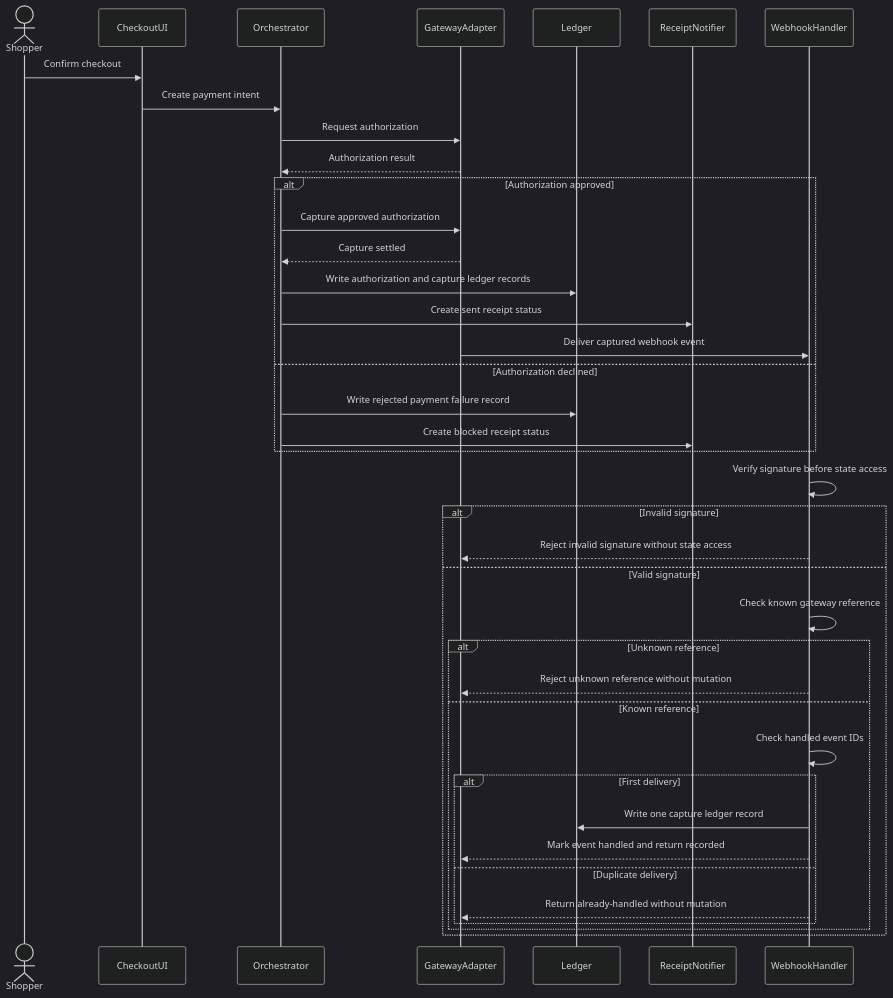
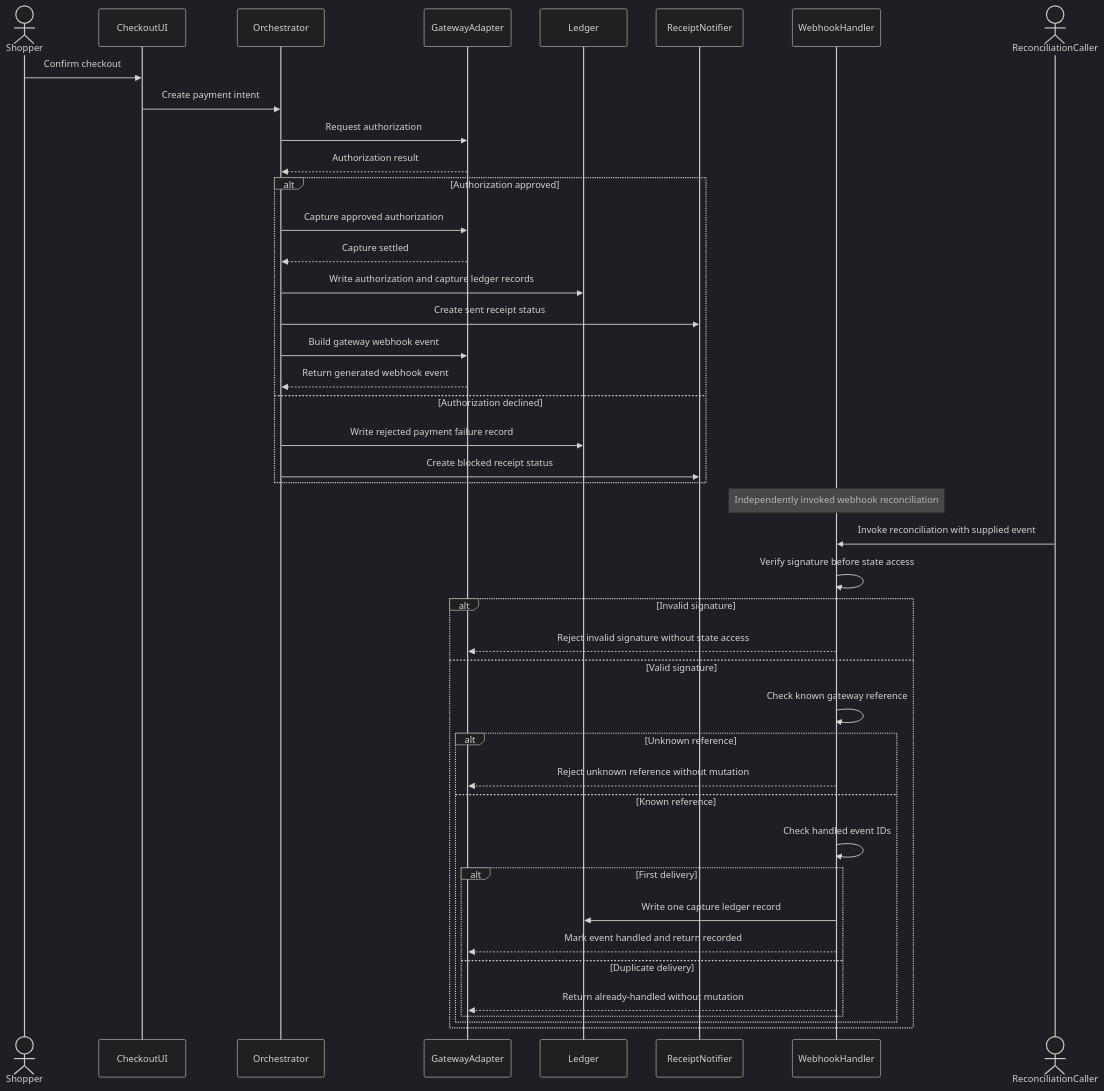
Before and after one commit to codewalnut-labs/agentic-engineering-full-exercises-set: the diagram in 07 Docs & Diagrams/exercise-03-payment-module-visualization/diagrams/payment-sequence.mmd, drawn with Mermaid (dark theme). The commit also changed 2 other files, not shown here.

Commit message:
docs(7.3): separate payment flow boundaries

```diff
--- a/07 Docs & Diagrams/exercise-03-payment-module-visualization/diagrams/payment-sequence.mmd
+++ b/07 Docs & Diagrams/exercise-03-payment-module-visualization/diagrams/payment-sequence.mmd
@@ -1,53 +1,57 @@
 sequenceDiagram
   actor Shopper
   participant CheckoutUI
   participant Orchestrator
   participant GatewayAdapter
   participant Ledger
   participant ReceiptNotifier
   participant WebhookHandler
+  actor ReconciliationCaller
 
   Shopper->>CheckoutUI: Confirm checkout
   %% EDGE: VIS-01
   CheckoutUI->>Orchestrator: Create payment intent
   %% EDGE: VIS-02
   Orchestrator->>GatewayAdapter: Request authorization
   GatewayAdapter-->>Orchestrator: Authorization result
 
   alt Authorization approved
     %% EDGE: VIS-03
     Orchestrator->>GatewayAdapter: Capture approved authorization
     GatewayAdapter-->>Orchestrator: Capture settled
     %% EDGE: VIS-04
     Orchestrator->>Ledger: Write authorization and capture ledger records
     %% EDGE: VIS-05
     Orchestrator->>ReceiptNotifier: Create sent receipt status
     %% EDGE: VIS-06
-    GatewayAdapter->>WebhookHandler: Deliver captured webhook event
+    Orchestrator->>GatewayAdapter: Build gateway webhook event
+    GatewayAdapter-->>Orchestrator: Return generated webhook event
   else Authorization declined
     Orchestrator->>Ledger: Write rejected payment failure record
     Orchestrator->>ReceiptNotifier: Create blocked receipt status
   end
 
+  Note over WebhookHandler: Independently invoked webhook reconciliation
+  ReconciliationCaller->>WebhookHandler: Invoke reconciliation with supplied event
   WebhookHandler->>WebhookHandler: Verify signature before state access
   alt Invalid signature
     %% EDGE: VIS-08
     WebhookHandler-->>GatewayAdapter: Reject invalid signature without state access
   else Valid signature
     WebhookHandler->>WebhookHandler: Check known gateway reference
     alt Unknown reference
       %% EDGE: VIS-09
       WebhookHandler-->>GatewayAdapter: Reject unknown reference without mutation
     else Known reference
       WebhookHandler->>WebhookHandler: Check handled event IDs
       alt First delivery
         %% EDGE: VIS-07
         WebhookHandler->>Ledger: Write one capture ledger record
         %% EDGE: VIS-11
         WebhookHandler-->>GatewayAdapter: Mark event handled and return recorded
       else Duplicate delivery
         %% EDGE: VIS-10
         WebhookHandler-->>GatewayAdapter: Return already-handled without mutation
       end
     end
   end
```
